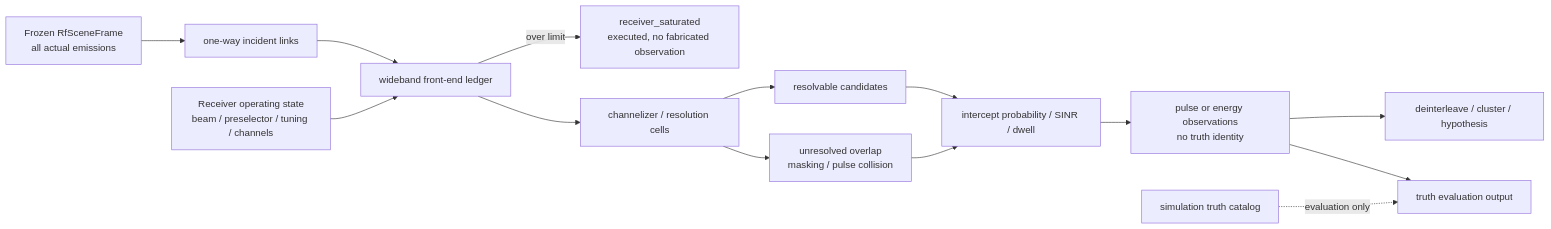
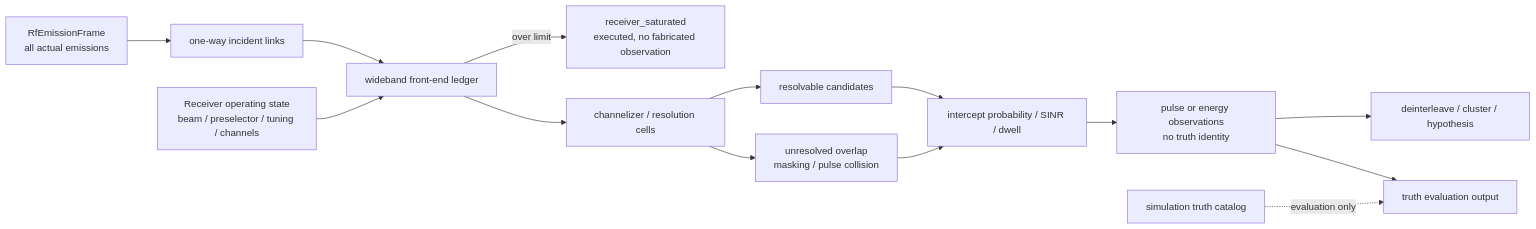
The fifth of 5 diagrams in docs/electronic_surveillance_radar/design.md (boilwater-3/1q), drawn with Mermaid before and after one commit. The commit also changed other lines of this file, not shown here.

````diff
--- a/docs/electronic_surveillance_radar/design.md
+++ b/docs/electronic_surveillance_radar/design.md
@@ -209,16 +210,16 @@
 ```mermaid
 flowchart LR
-  Scene["Frozen RfSceneFrame\nall actual emissions"] --> Incident["one-way incident links"]
+  Scene["RfEmissionFrame\nall actual emissions"] --> Incident["one-way incident links"]
   Rx["Receiver operating state\nbeam / preselector / tuning / channels"] --> Front["wideband front-end ledger"]
   Incident --> Front
   Front -->|over limit| Sat["receiver_saturated\nexecuted, no fabricated observation"]
   Front --> Chan["channelizer / resolution cells"]
   Chan --> Sep["resolvable candidates"]
   Chan --> Mix["unresolved overlap\nmasking / pulse collision"]
   Sep --> Detect["intercept probability / SINR / dwell"]
   Mix --> Detect
   Detect --> Obs["pulse or energy observations\nno truth identity"]
   Obs --> Assoc["deinterleave / cluster / hypothesis"]
   Truth["simulation truth catalog"] -. "evaluation only" .-> Eval["truth evaluation output"]
   Obs --> Eval
 ```
````
